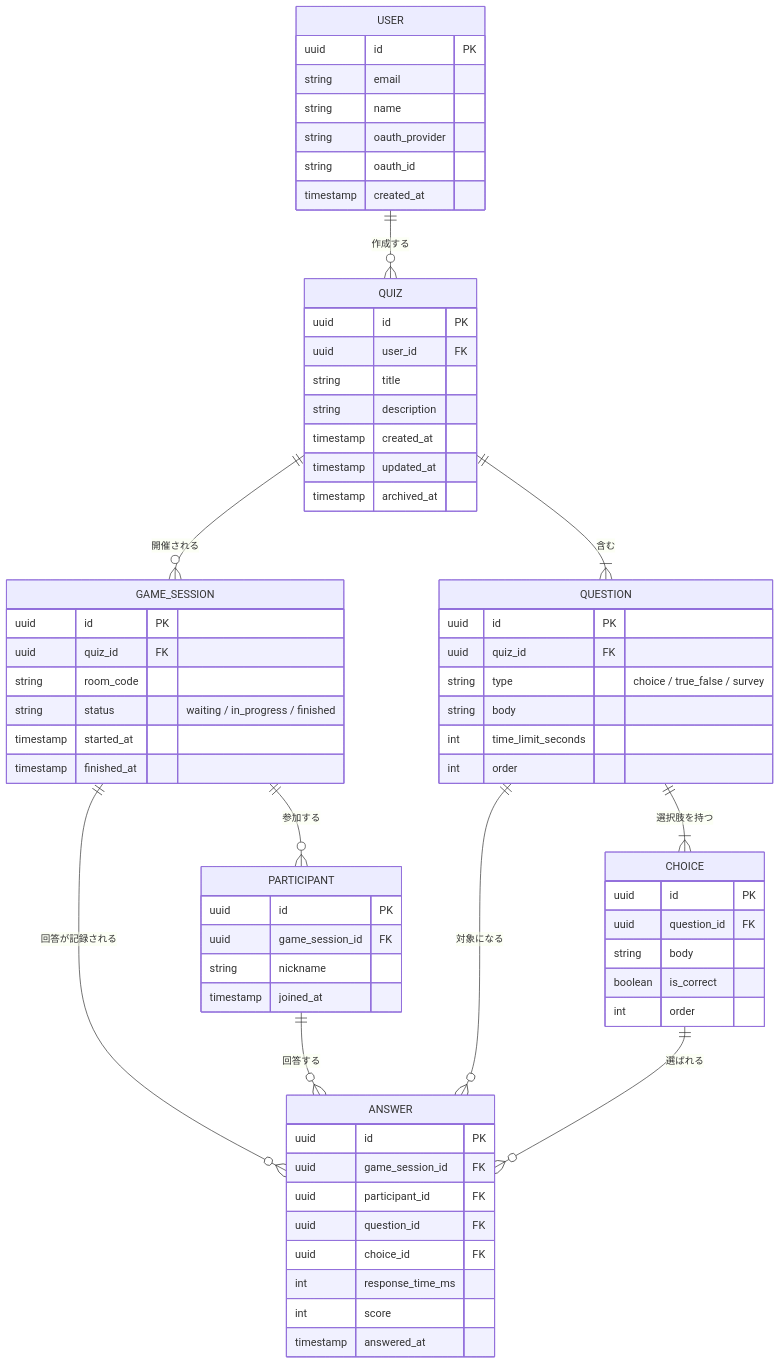
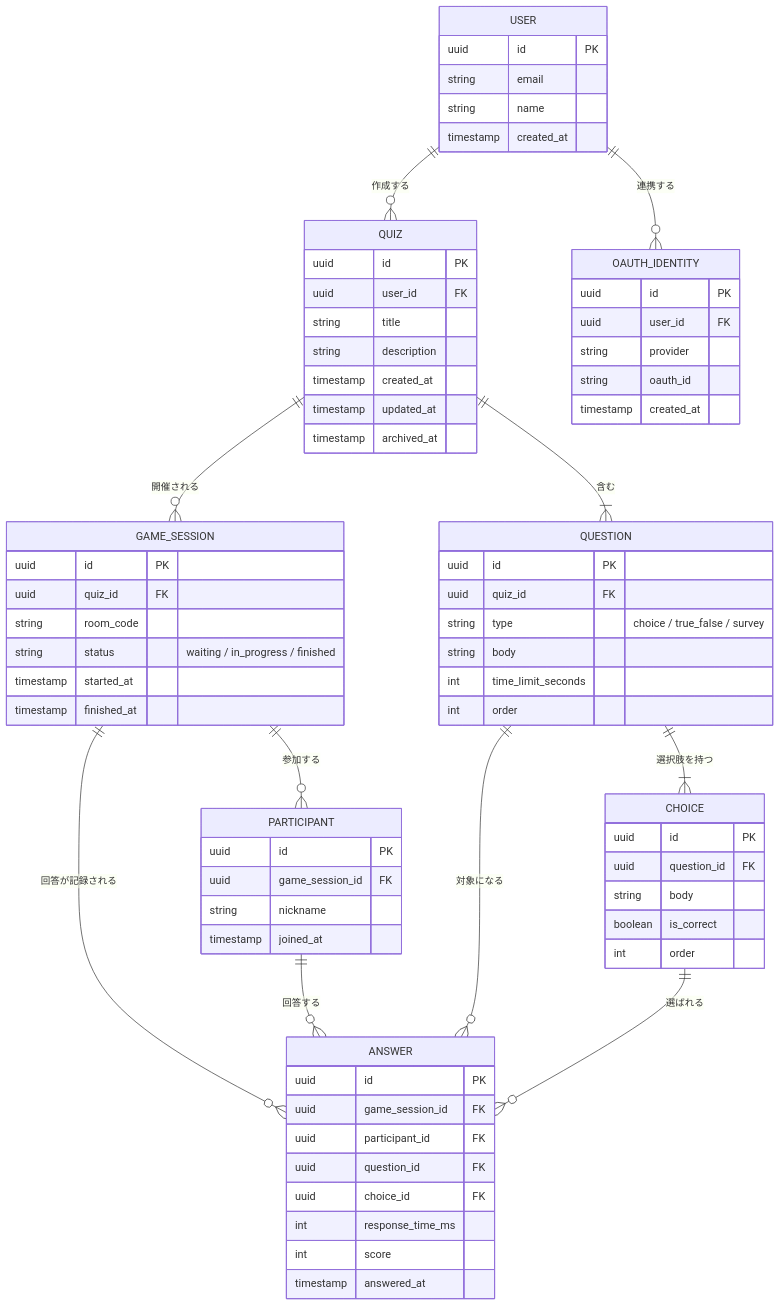
The diagram in docs/er.md (raiton-boo/neo-hoot), drawn with Mermaid before and after one commit. The commit also changed other lines of this file and 10 other files, not shown here.

````diff
--- a/docs/er.md
+++ b/docs/er.md
@@ -7,75 +7,82 @@
 ```mermaid
 erDiagram
     USER ||--o{ QUIZ : "作成する"
+    USER ||--o{ OAUTH_IDENTITY : "連携する"
     QUIZ ||--|{ QUESTION : "含む"
     QUESTION ||--|{ CHOICE : "選択肢を持つ"
     QUIZ ||--o{ GAME_SESSION : "開催される"
     GAME_SESSION ||--o{ PARTICIPANT : "参加する"
     GAME_SESSION ||--o{ ANSWER : "回答が記録される"
     PARTICIPANT ||--o{ ANSWER : "回答する"
     QUESTION ||--o{ ANSWER : "対象になる"
     CHOICE ||--o{ ANSWER : "選ばれる"
 
     USER {
         uuid id PK
         string email
         string name
-        string oauth_provider
+        timestamp created_at
+    }
+
+    OAUTH_IDENTITY {
+        uuid id PK
+        uuid user_id FK
+        string provider
         string oauth_id
         timestamp created_at
     }
 
     QUIZ {
         uuid id PK
         uuid user_id FK
         string title
         string description
         timestamp created_at
         timestamp updated_at
         timestamp archived_at
     }
 
     QUESTION {
         uuid id PK
         uuid quiz_id FK
         string type "choice / true_false / survey"
         string body
         int time_limit_seconds
         int order
     }
 
     CHOICE {
         uuid id PK
         uuid question_id FK
         string body
         boolean is_correct
         int order
     }
 
     GAME_SESSION {
         uuid id PK
         uuid quiz_id FK
         string room_code
         string status "waiting / in_progress / finished"
         timestamp started_at
         timestamp finished_at
     }
 
     PARTICIPANT {
         uuid id PK
         uuid game_session_id FK
         string nickname
         timestamp joined_at
     }
 
     ANSWER {
         uuid id PK
         uuid game_session_id FK
         uuid participant_id FK
         uuid question_id FK
         uuid choice_id FK
         int response_time_ms
         int score
         timestamp answered_at
     }
 ```
````
